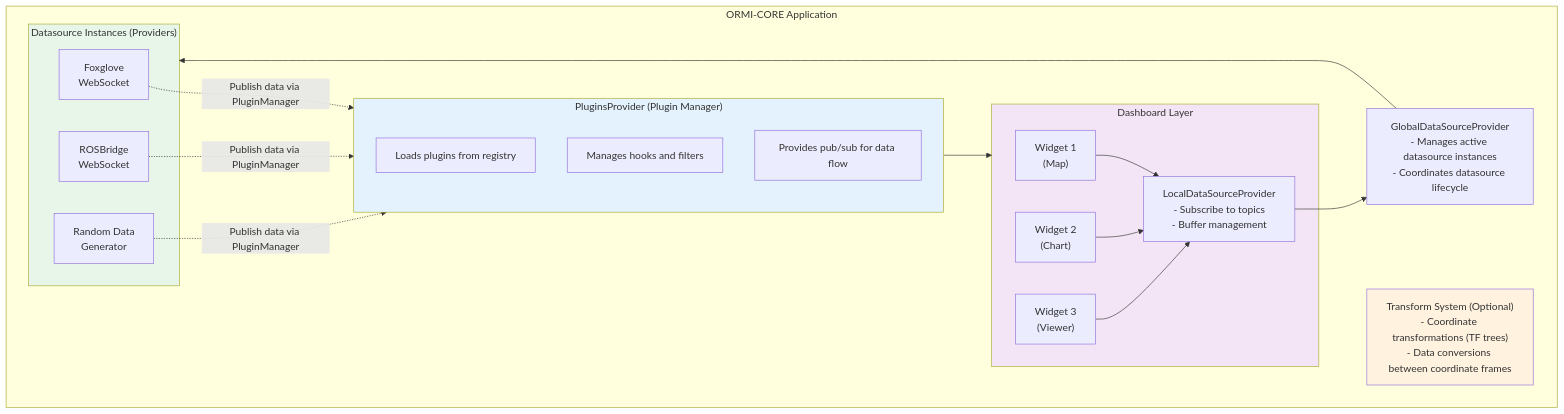
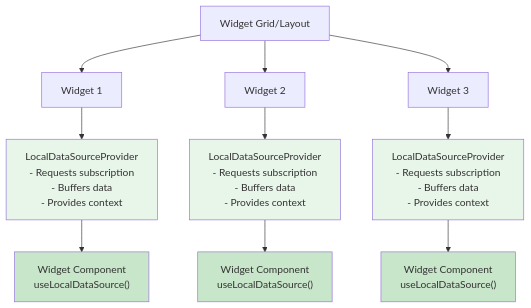
The third of 4 diagrams in apps/web/content/docs/v1/index.md (RMA-Robotics-Autonomous-Systems/ORMI), drawn with Mermaid before and after one commit. The commit also changed other lines of this file and 5 other files, not shown here.

````diff
--- a/apps/web/content/docs/v1/index.md
+++ b/apps/web/content/docs/v1/index.md
@@ -23,43 +64,22 @@
 ```mermaid
-graph TB
-    subgraph Application["ORMI-CORE Application"]
-        subgraph PluginMgr["PluginsProvider (Plugin Manager)"]
-            PM1["Loads plugins from registry"]
-            PM2["Manages hooks and filters"]
-            PM3["Provides pub/sub for data flow"]
-        end
+graph TD
+    Layout["Widget Grid/Layout"]
+    Layout --> W1["Widget 1"]
+    Layout --> W2["Widget 2"]
+    Layout --> W3["Widget 3"]
 
-        subgraph Dashboard["Dashboard Layer"]
-            W1["Widget 1<br/>(Map)"]
-            W2["Widget 2<br/>(Chart)"]
-            W3["Widget 3<br/>(Viewer)"]
-            LocalDS["LocalDataSourceProvider<br/>- Subscribe to topics<br/>- Buffer management"]
+    W1 --> LocalDS1["LocalDataSourceProvider<br/>- Requests subscription<br/>- Buffers data<br/>- Provides context"]
+    W2 --> LocalDS2["LocalDataSourceProvider<br/>- Requests subscription<br/>- Buffers data<br/>- Provides context"]
+    W3 --> LocalDS3["LocalDataSourceProvider<br/>- Requests subscription<br/>- Buffers data<br/>- Provides context"]
 
-            W1 --> LocalDS
-            W2 --> LocalDS
-            W3 --> LocalDS
-        end
+    LocalDS1 --> Comp1["Widget Component<br/>useLocalDataSource()"]
+    LocalDS2 --> Comp2["Widget Component<br/>useLocalDataSource()"]
+    LocalDS3 --> Comp3["Widget Component<br/>useLocalDataSource()"]
 
-        GlobalDS["GlobalDataSourceProvider<br/>- Manages active datasource instances<br/>- Coordinates datasource lifecycle"]
-
-        subgraph Datasources["Datasource Instances (Providers)"]
-            DS1["Foxglove<br/>WebSocket"]
-            DS2["ROSBridge<br/>WebSocket"]
-            DS3["Random Data<br/>Generator"]
-        end
-
-        Transform["Transform System (Optional)<br/>- Coordinate transformations (TF trees)<br/>- Data conversions between coordinate frames"]
-
-        PluginMgr --> Dashboard
-        LocalDS --> GlobalDS
-        GlobalDS --> Datasources
-        DS1 -.Publish data via PluginManager.-> PluginMgr
-        DS2 -.Publish data via PluginManager.-> PluginMgr
-        DS3 -.Publish data via PluginManager.-> PluginMgr
-    end
-
-    style PluginMgr fill:#e3f2fd
-    style Dashboard fill:#f3e5f5
-    style Datasources fill:#e8f5e9
-    style Transform fill:#fff3e0
+    style LocalDS1 fill:#e8f5e9
+    style LocalDS2 fill:#e8f5e9
+    style LocalDS3 fill:#e8f5e9
+    style Comp1 fill:#c8e6c9
+    style Comp2 fill:#c8e6c9
+    style Comp3 fill:#c8e6c9
 ```
````
